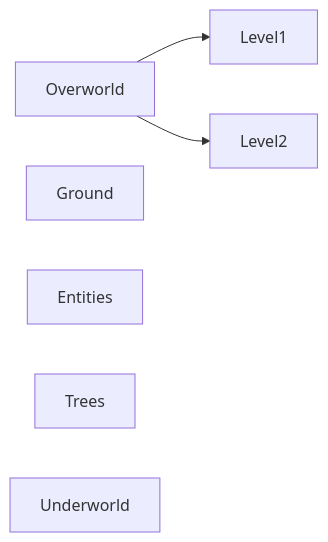
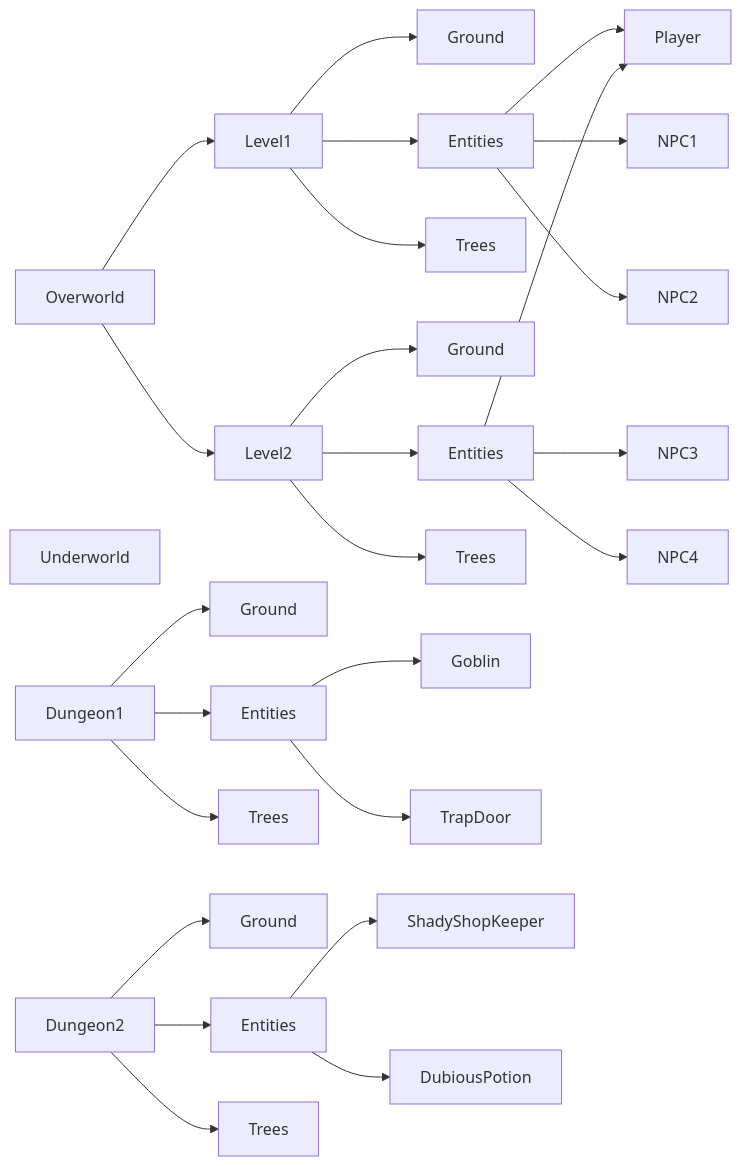
The diagram in README.md (stinkytoe/bevy_ldtk_asset), drawn with Mermaid before and after one commit.

Commit message:
WIP documentation

````diff
--- a/README.md
+++ b/README.md
@@ -48,16 +48,54 @@
 ```mermaid
 flowchart LR
   Overworld
   Level1
   Ground1[Ground]
   Entities1[Entities]
   Trees1[Trees]
 
   Level2
+  Ground2[Ground]
+  Entities2[Entities]
+  Trees2[Trees]
 
   Overworld --> Level1
   Overworld --> Level2
+
+  Level1 --> Ground1
+  Level1 --> Entities1
+  Level1 --> Trees1
+  Entities1 --> Player
+  Entities1 --> NPC1
+  Entities1 --> NPC2
+
+  Level2 --> Ground2
+  Level2 --> Entities2
+  Level2 --> Trees2
+  Entities2 --> Player
+  Entities2 --> NPC3
+  Entities2 --> NPC4
   
   Underworld
+  Dungeon1
+  Ground3[Ground]
+  Entities3[Entities]
+  Trees3[Trees]
+
+  Dungeon2
+  Ground4[Ground]
+  Entities4[Entities]
+  Trees4[Trees]
+
+  Dungeon1 --> Ground3
+  Dungeon1 --> Entities3
+  Dungeon1 --> Trees3
+  Entities3 --> Goblin
+  Entities3 --> TrapDoor
+
   
+  Dungeon2 --> Ground4
+  Dungeon2 --> Entities4
+  Dungeon2 --> Trees4
+  Entities4 --> ShadyShopKeeper
+  Entities4 --> DubiousPotion
 ```
````
